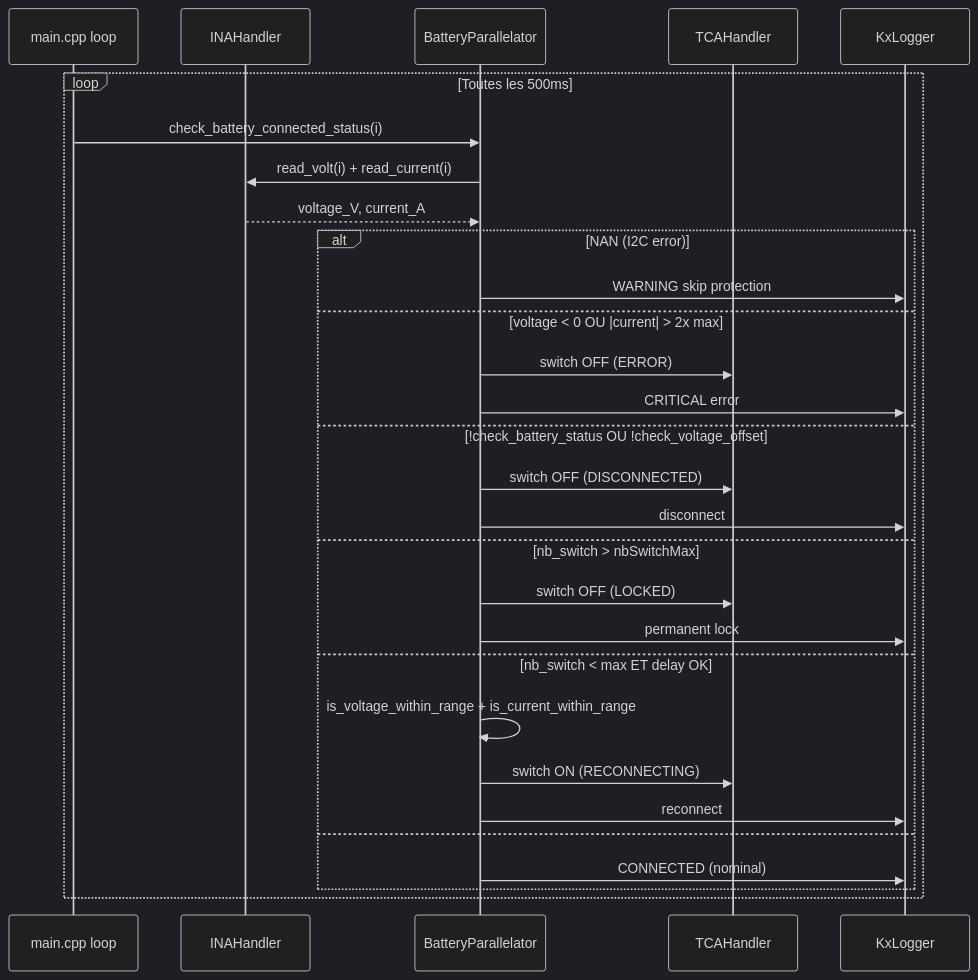
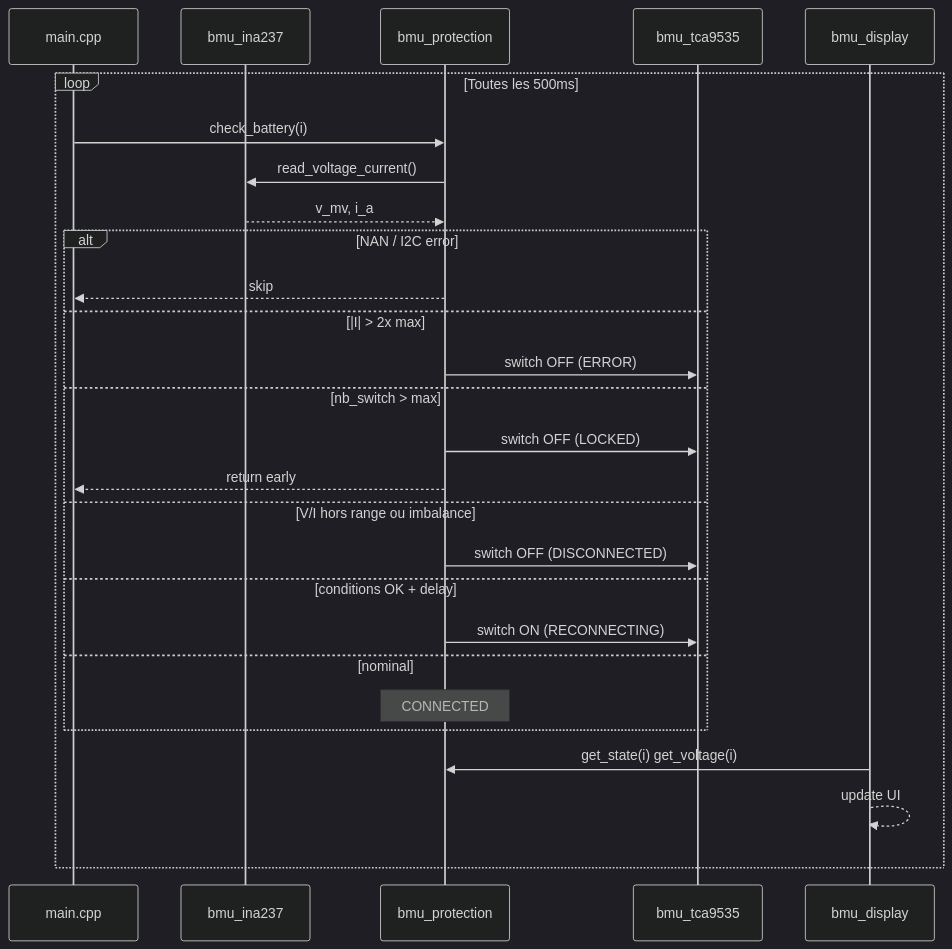
Before and after one commit to KomplexKapharnaum/KXKM_Batterie_Parallelator: the second of 8 diagrams in docs/governance/architecture-diagrams.md, drawn with Mermaid (dark theme). The commit also changed other lines of this file and 2 other files, not shown here.

First line of the commit message:
docs: update architecture diagrams (9 Mermaid), feature map (F01-F18), CLAUDE.md (3 stacks)

````diff
--- a/docs/governance/architecture-diagrams.md
+++ b/docs/governance/architecture-diagrams.md
@@ -54,33 +64,32 @@
 ```mermaid
 sequenceDiagram
-  participant Main as main.cpp loop
-  participant INA as INAHandler
-  participant BP as BatteryParallelator
-  participant TCA as TCAHandler
-  participant Log as KxLogger
+  participant Main as main.cpp
+  participant INA as bmu_ina237
+  participant Prot as bmu_protection
+  participant TCA as bmu_tca9535
+  participant Disp as bmu_display
 
   loop Toutes les 500ms
-    Main->>BP: check_battery_connected_status(i)
-    BP->>INA: read_volt(i) + read_current(i)
-    INA-->>BP: voltage_V, current_A
+    Main->>Prot: check_battery(i)
+    Prot->>INA: read_voltage_current()
+    INA-->>Prot: v_mv, i_a
 
-    alt NAN (I2C error)
-      BP->>Log: WARNING skip protection
-    else voltage < 0 OU |current| > 2x max
-      BP->>TCA: switch OFF (ERROR)
-      BP->>Log: CRITICAL error
-    else !check_battery_status OU !check_voltage_offset
-      BP->>TCA: switch OFF (DISCONNECTED)
-      BP->>Log: disconnect
-    else nb_switch > nbSwitchMax
-      BP->>TCA: switch OFF (LOCKED)
-      BP->>Log: permanent lock
-    else nb_switch < max ET delay OK
-      BP->>BP: is_voltage_within_range + is_current_within_range
-      BP->>TCA: switch ON (RECONNECTING)
-      BP->>Log: reconnect
-    else
-      BP->>Log: CONNECTED (nominal)
+    alt NAN / I2C error
+      Prot-->>Main: skip
+    else |I| > 2x max
+      Prot->>TCA: switch OFF (ERROR)
+    else nb_switch > max
+      Prot->>TCA: switch OFF (LOCKED)
+      Prot-->>Main: return early
+    else V/I hors range ou imbalance
+      Prot->>TCA: switch OFF (DISCONNECTED)
+    else conditions OK + delay
+      Prot->>TCA: switch ON (RECONNECTING)
+    else nominal
+      Note over Prot: CONNECTED
     end
+
+    Disp->>Prot: get_state(i) get_voltage(i)
+    Disp-->>Disp: update UI
   end
 ```
````
